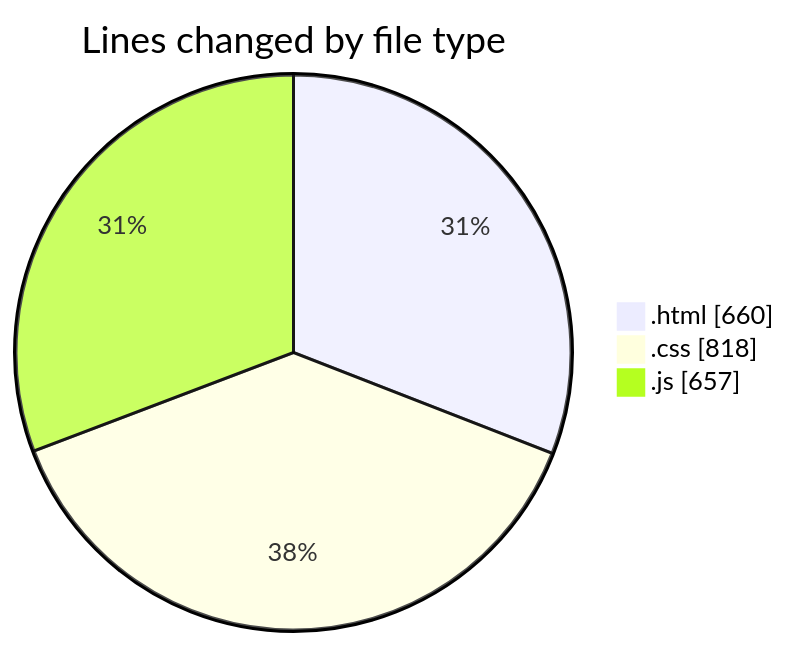
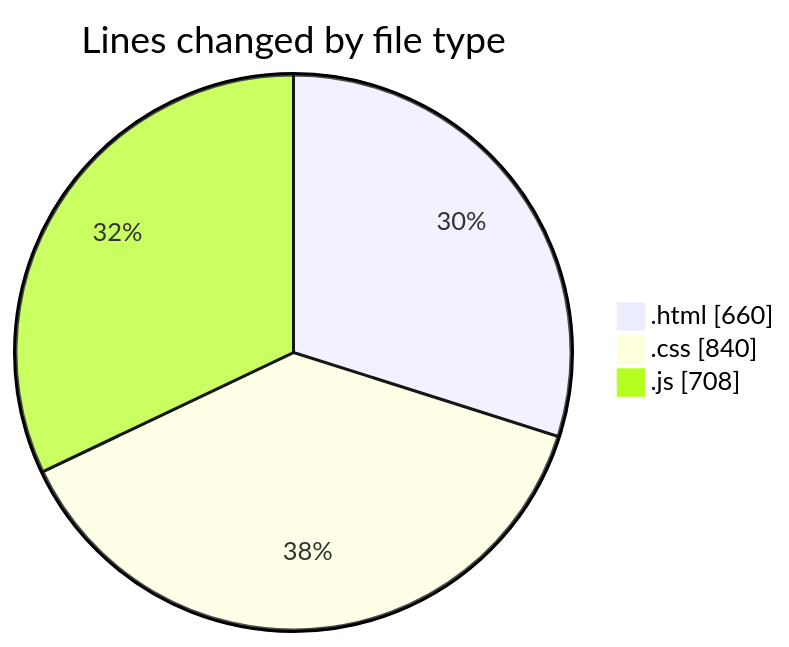
Before and after one commit to IJAZ3593/code-tracking: the first of 2 diagrams in 2025-09-01/project_3/README.md, drawn with Mermaid. The commit also changed other lines of this file and 1 other file, not shown here.

````diff
--- a/2025-09-01/project_3/README.md
+++ b/2025-09-01/project_3/README.md
@@ -26,7 +26,7 @@
 ```mermaid
 pie showData
 title Lines changed by file type
 ".html" : 660
-".css" : 818
-".js" : 657
+".css" : 840
+".js" : 708
 ```
````
